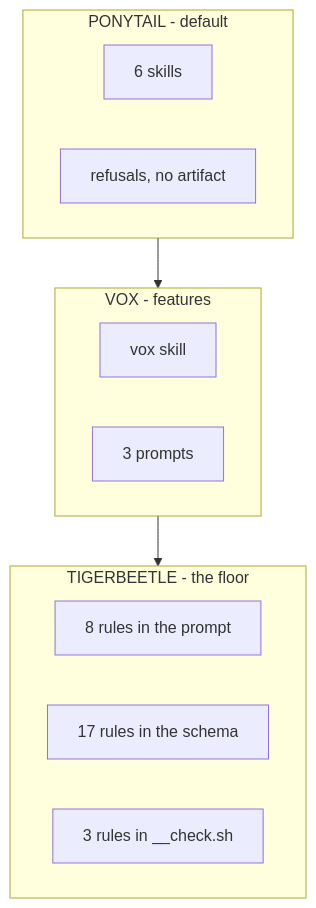
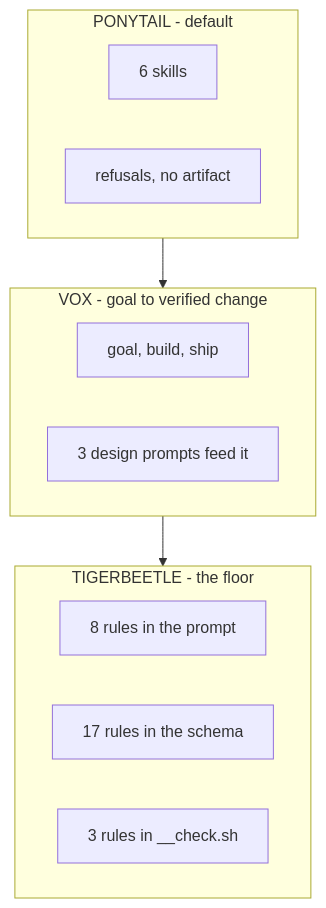
Before and after one commit to sub0xdai/n0x-pi: the fourth of 5 diagrams in agent/harness-map.md, drawn with Mermaid. The commit also changed 14 other files, not shown here.

````diff
--- a/agent/harness-map.md
+++ b/agent/harness-map.md
@@ -141,18 +141,18 @@
 ```mermaid
 flowchart TB
     subgraph PO["PONYTAIL - default"]
         P1["6 skills"]
         P2["refusals, no artifact"]
     end
-    subgraph VO["VOX - features"]
-        V1["vox skill"]
-        V2["3 prompts"]
+    subgraph VO["VOX - goal to verified change"]
+        V1["goal, build, ship"]
+        V2["3 design prompts feed it"]
     end
     subgraph TI["TIGERBEETLE - the floor"]
         T1["8 rules in the prompt"]
         T2["17 rules in the schema"]
         T3["3 rules in __check.sh"]
     end
     PO --> VO
     VO --> TI
 ```
````
